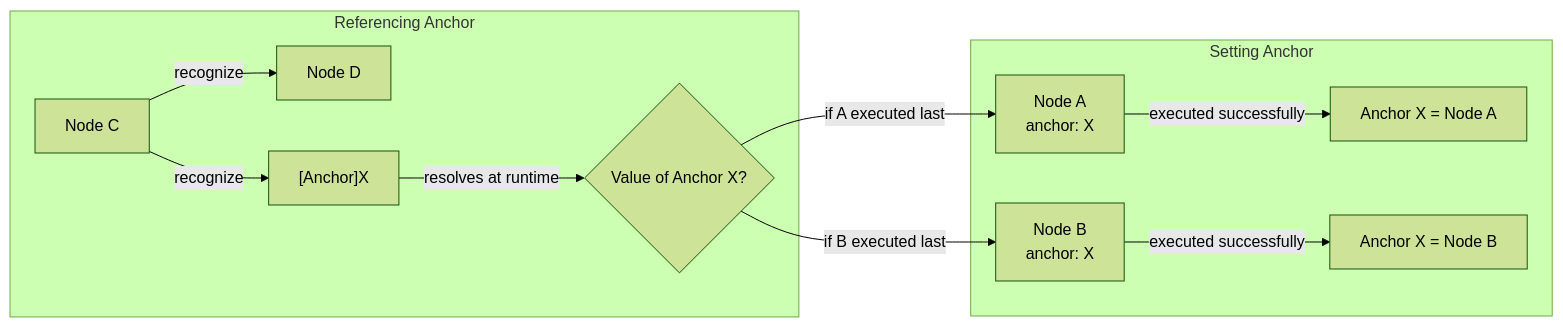
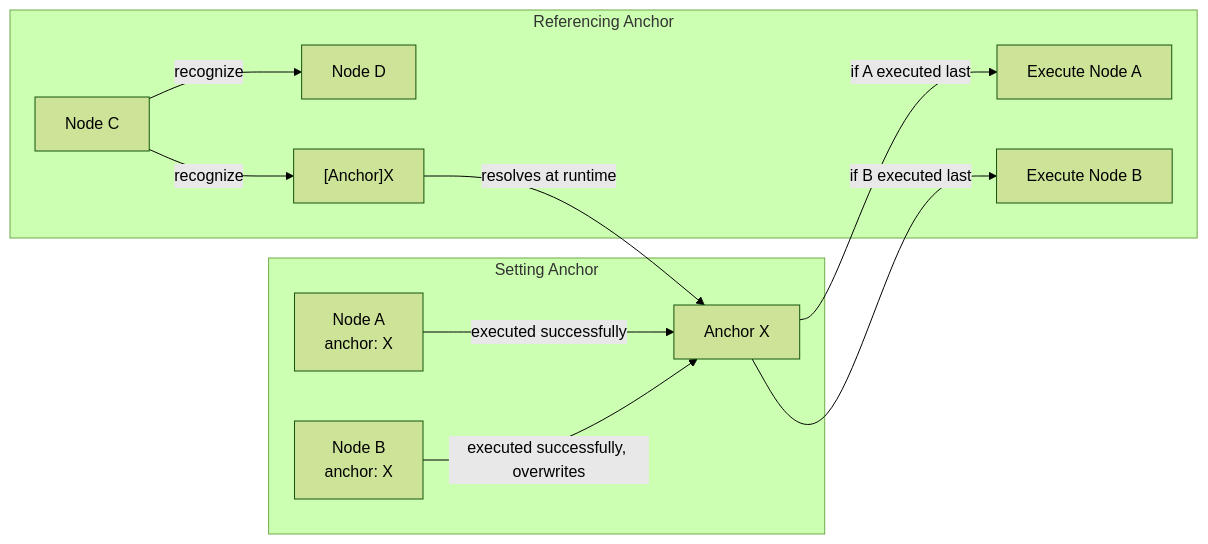
Before and after one commit to MaaXYZ/MaaFramework: the fifth of 5 diagrams in docs/en_us/3.1-PipelineProtocol.md, drawn with Mermaid (forest theme). The commit also changed 1 other file, not shown here.

Commit message:
Improve anchor diagram to better show single anchor value with overwriting behavior

````diff
--- a/docs/en_us/3.1-PipelineProtocol.md
+++ b/docs/en_us/3.1-PipelineProtocol.md
@@ -436,14 +436,14 @@
 ```mermaid
 graph LR
     subgraph Setting Anchor
-        A[Node A<br/>anchor: X] -->|executed successfully| S1[Anchor X = Node A]
-        B[Node B<br/>anchor: X] -->|executed successfully| S2[Anchor X = Node B]
+        A[Node A<br/>anchor: X] -->|executed successfully| X[Anchor X]
+        B[Node B<br/>anchor: X] -->|executed successfully, overwrites| X
     end
     subgraph Referencing Anchor
         C[Node C] -->|recognize| D[Node D]
         C -->|recognize| E["[Anchor]X"]
-        E -->|resolves at runtime| F{Value of Anchor X?}
-        F -->|if A executed last| A
-        F -->|if B executed last| B
+        E -->|resolves at runtime| X
+        X -->|if A executed last| RA[Execute Node A]
+        X -->|if B executed last| RB[Execute Node B]
     end
 ```
````
